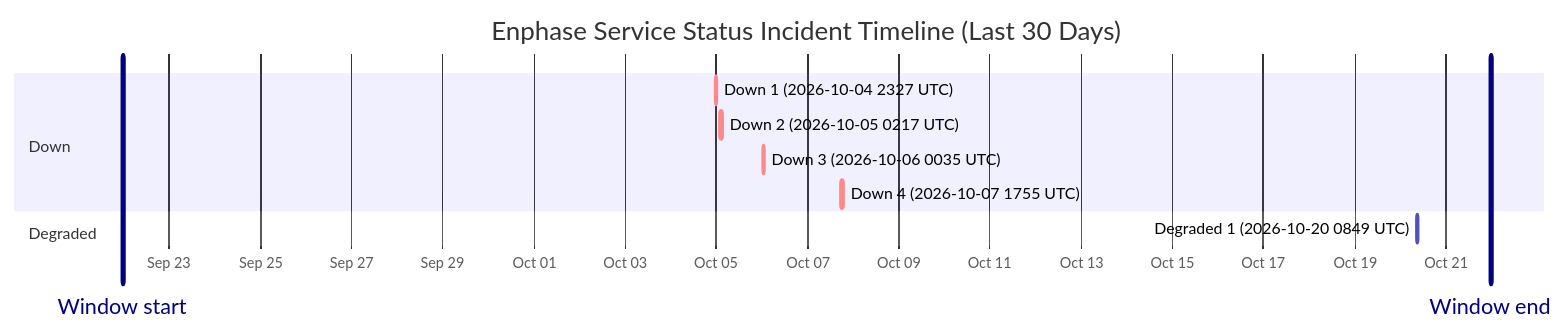
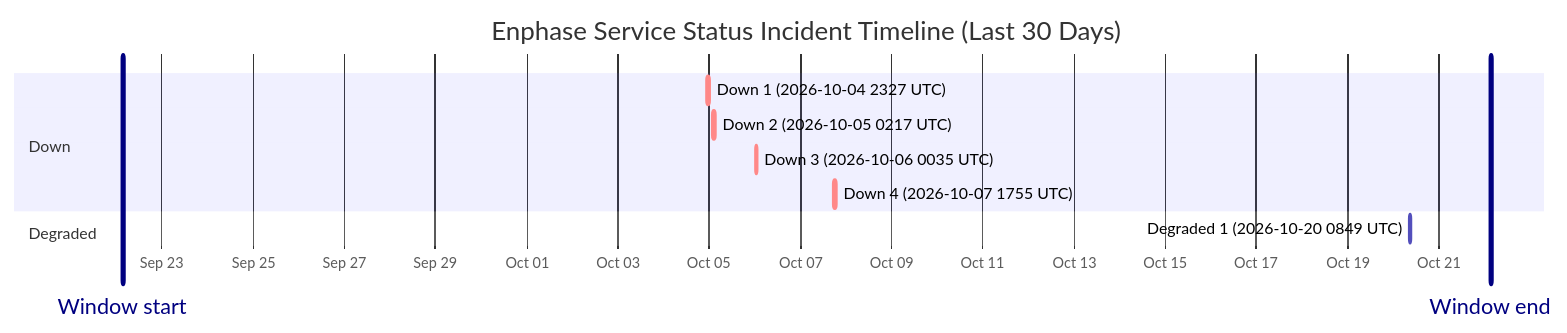
The diagram in wiki/Service-Status-History.md (barneyonline/ha-enphase-energy), drawn with Mermaid before and after one commit. The commit also changed other lines of this file and 3 other files, not shown here.

````diff
--- a/wiki/Service-Status-History.md
+++ b/wiki/Service-Status-History.md
@@ -14,15 +14,15 @@
 ```mermaid
 gantt
     title Enphase Service Status Incident Timeline (Last 30 Days)
     dateFormat  YYYY-MM-DDTHH:mm:ss
     axisFormat  %b %d
-    Window start :vert, window-start, 2026-09-21T23:30:51, 0ms
-    Window end :vert, window-end, 2026-10-21T23:30:51, 0ms
+    Window start :vert, window-start, 2026-09-22T03:22:41, 0ms
+    Window end :vert, window-end, 2026-10-22T03:22:41, 0ms
     section Down
     Down 1 (2026-10-04 2327 UTC) :crit, down-1, 2026-10-04T23:27:34, 60m
     Down 2 (2026-10-05 0217 UTC) :crit, down-2, 2026-10-05T02:17:30, 60m
     Down 3 (2026-10-06 0035 UTC) :crit, down-3, 2026-10-06T00:35:21, 60m
     Down 4 (2026-10-07 1755 UTC) :crit, down-4, 2026-10-07T17:55:16, 60m
     section Degraded
     Degraded 1 (2026-10-20 0849 UTC) :active, degraded-1, 2026-10-20T08:49:49, 60m
 ```
````
